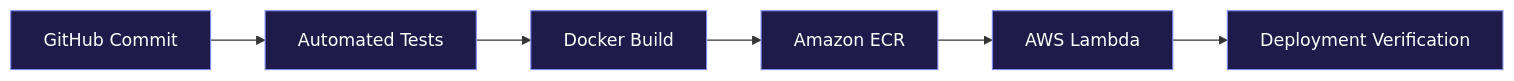
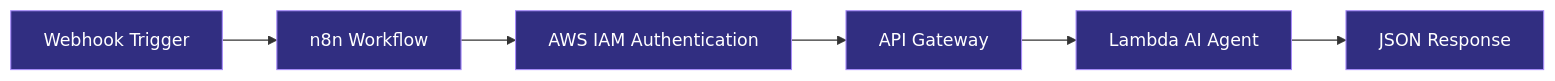
One commit to GopikrishnaAshok/enterprise-agentic-ai-platform changed the second of 3 diagrams in README.md. Above: the diagram before and after it, drawn with Mermaid. The commit also changed other lines of this file, not shown here.

````diff
--- a/README.md
+++ b/README.md
@@ -230,11 +233,11 @@
 ```mermaid
 flowchart LR
-    A["GitHub Commit"] --> B["Automated Tests"]
-    B --> C["Docker Build"]
-    C --> D["Amazon ECR"]
-    D --> E["AWS Lambda"]
-    E --> F["Deployment Verification"]
+    A["Webhook Trigger"] --> B["n8n Workflow"]
+    B --> C["AWS IAM Authentication"]
+    C --> D["API Gateway"]
+    D --> E["Lambda AI Agent"]
+    E --> F["JSON Response"]
 
-    classDef primary fill:#1e1b4b,stroke:#818cf8,color:#fff
-    class A,B,C,D,E,F primary
+    classDef workflow fill:#312e81,stroke:#a78bfa,color:#ffffff
+    class A,B,C,D,E,F workflow
 ```
````
